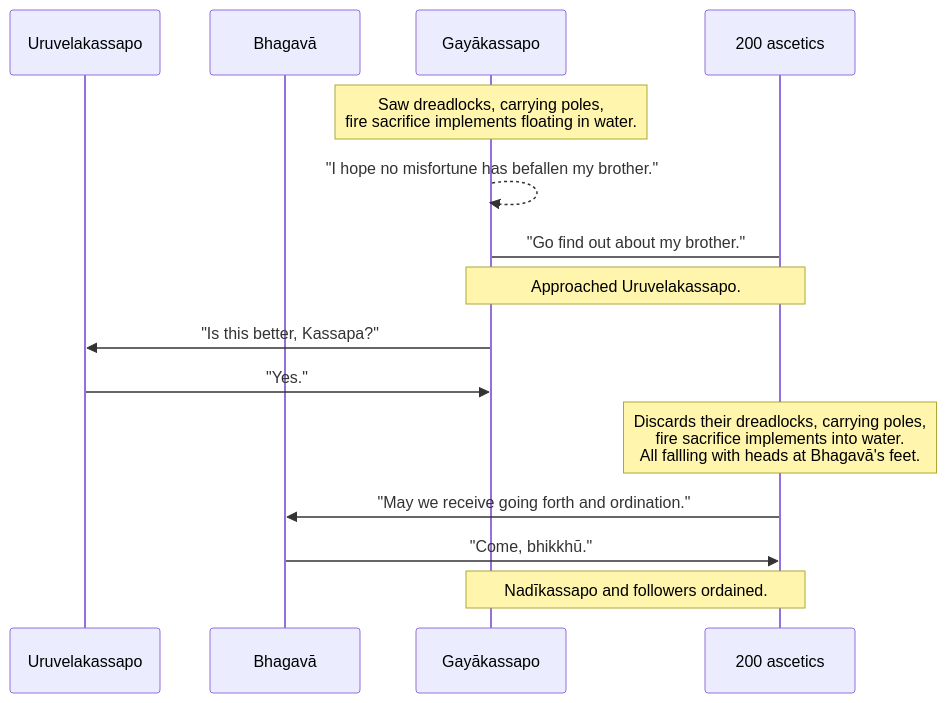
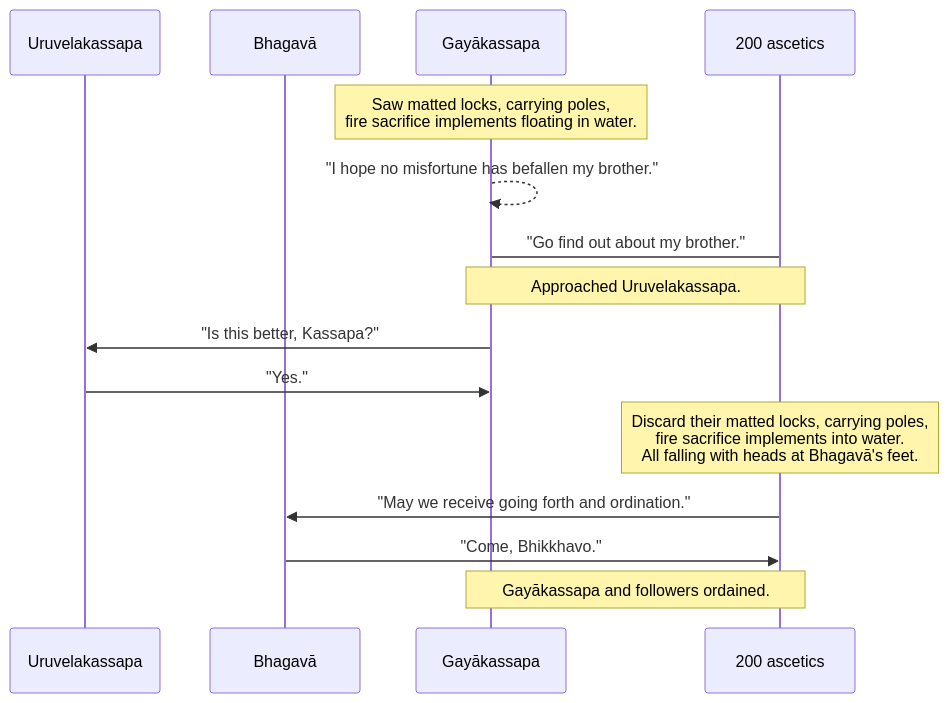
Before and after one commit to tidipa/tidipa.github.io: diagram 15 of 16 in src/content/docs/khandhaka/1-12.mdx, drawn with Mermaid. The commit also changed other lines of this file and 48 other files, not shown here.

````diff
--- a/src/content/docs/khandhaka/1-12.mdx
+++ b/src/content/docs/khandhaka/1-12.mdx
@@ -296,17 +296,17 @@
 ```mermaid
 sequenceDiagram
-	participant A1 as Uruvelakassapo
+	participant A1 as Uruvelakassapa
 	participant B as Bhagavā
-	participant A3 as Gayākassapo
+	participant A3 as Gayākassapa
 	participant A200 as 200 ascetics
-	note over A3: Saw dreadlocks, carrying poles, <br>fire sacrifice implements floating in water.
+	note over A3: Saw matted locks, carrying poles, <br>fire sacrifice implements floating in water.
 	A3-->>A3: "I hope no misfortune has befallen my brother."
 	A3->A200: "Go find out about my brother."
-	note over A3, A200: Approached Uruvelakassapo.
+	note over A3, A200: Approached Uruvelakassapa.
 	A3->>A1: "Is this better, Kassapa?"
 	A1->>A3: "Yes."
-	note over A200: Discards their dreadlocks, carrying poles, <br>fire sacrifice implements into water.<br>All fallling with heads at Bhagavā's feet.
+	note over A200: Discard their matted locks, carrying poles, <br>fire sacrifice implements into water.<br>All falling with heads at Bhagavā's feet.
 	A200->>B: "May we receive going forth and ordination."
-	B->>A200: "Come, bhikkhū."
-	note over A3, A200: Nadīkassapo and followers ordained.
+	B->>A200: "Come, Bhikkhavo."
+	note over A3, A200: Gayākassapa and followers ordained.
 ```
````
